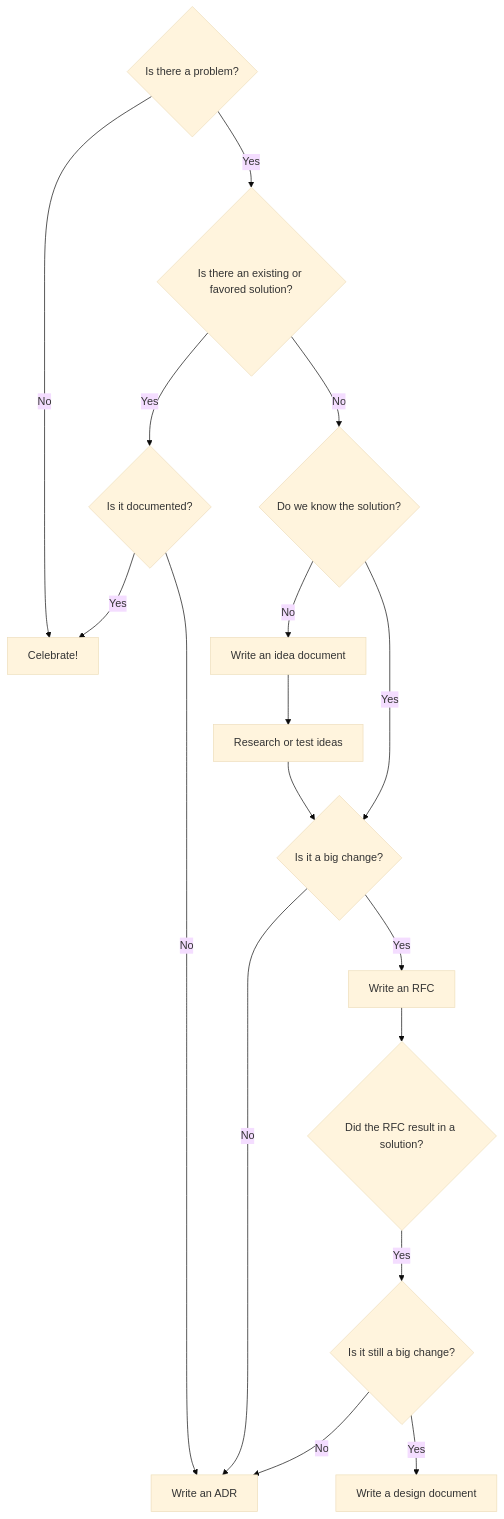
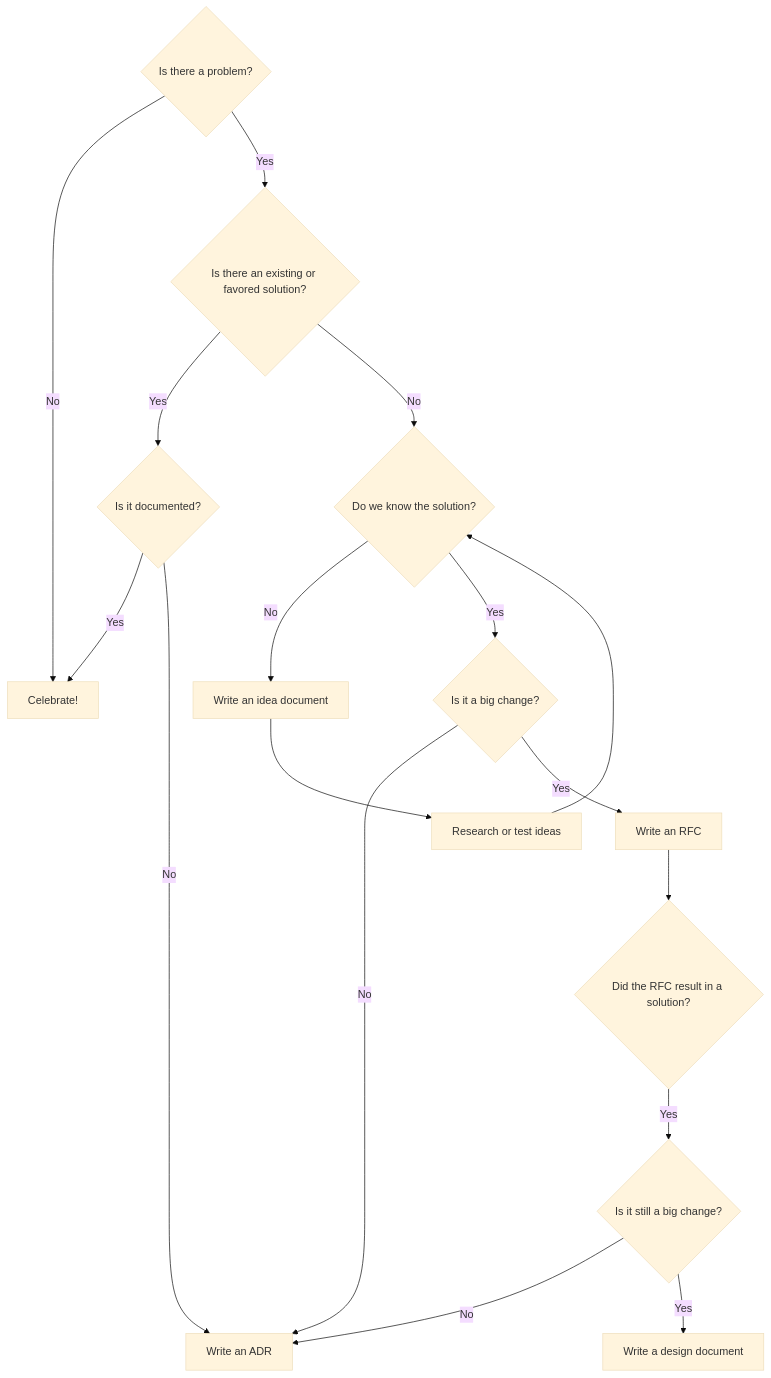
The diagram in scratchpad/flowchart.md (f1337/f1337.github.io), drawn with Mermaid (base theme) before and after one commit. The commit also changed other lines of this file, not shown here.

Commit message:
scratchpad/flowchart.md updated from https://stackedit.io/

````diff
--- a/scratchpad/flowchart.md
+++ b/scratchpad/flowchart.md
@@ -3,19 +3,19 @@
 ```mermaid
 graph TD
 PROBLEM{Is there a problem?} -- No --> CELEB[Celebrate!]
 PROBLEM -- Yes --> ISSOLVED{Is there an existing or favored solution?}
 ISSOLVED -- Yes --> DOC{Is it documented?}
 DOC -- Yes --> CELEB
 ISSOLVED -- No --> ISKNOWN{Do we know the solution?}
 ISKNOWN -- No --> IDEA[Write an idea document]
 IDEA --> TEST[Research or test ideas]
-TEST --> ISBIG{Is it a big change?}
-ISKNOWN -- Yes --> ISBIG
+TEST --> ISKNOWN
+ISKNOWN -- Yes --> ISBIG{Is it a big change?}
 ISBIG -- No --> ADR[Write an ADR]
 DOC -- No --> ADR
 ISBIG -- Yes --> RFC[Write an RFC]
 RFC --> RFCSOLVE{Did the RFC result in a solution?}
 RFCSOLVE -- Yes --> ISBIGTOO{Is it still a big change?}
 ISBIGTOO -- No --> ADR
 ISBIGTOO -- Yes --> DD[Write a design document]
 ```
````
